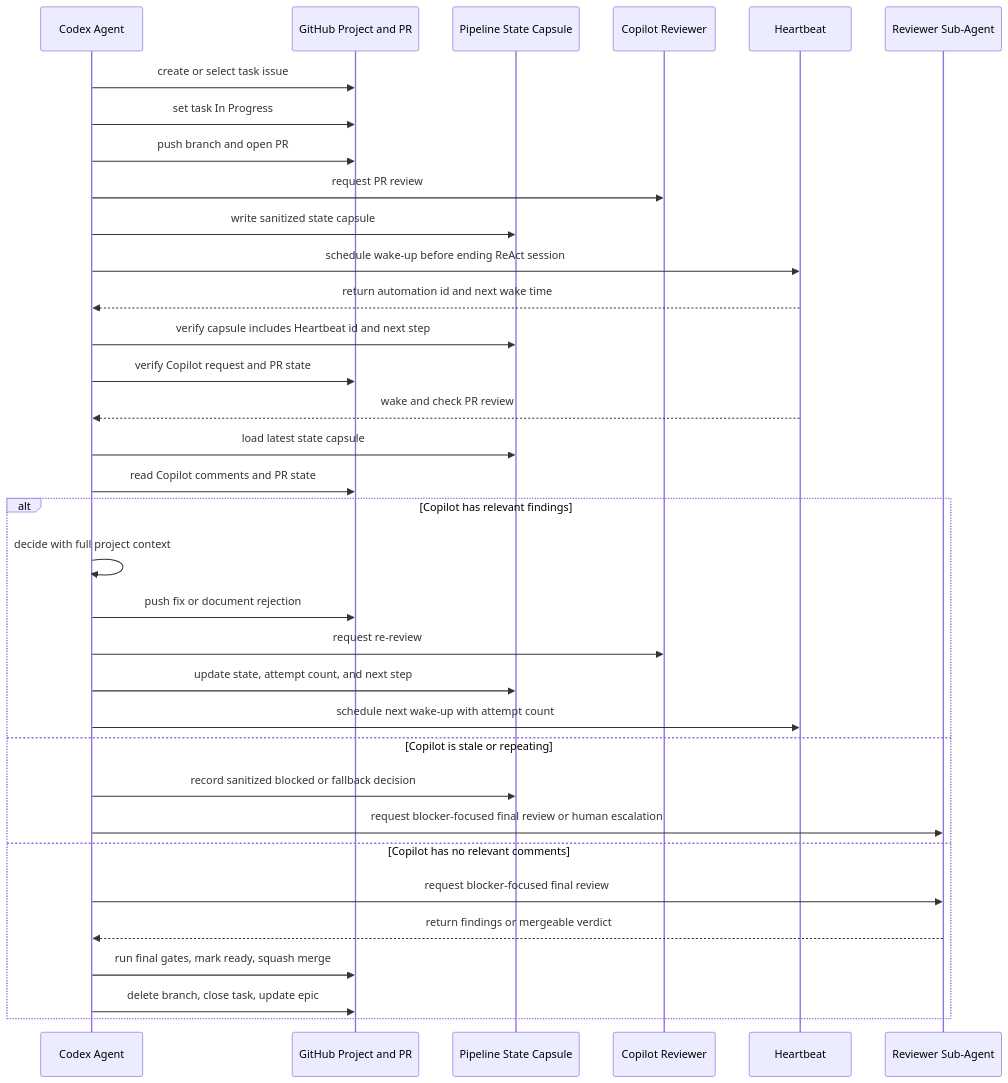
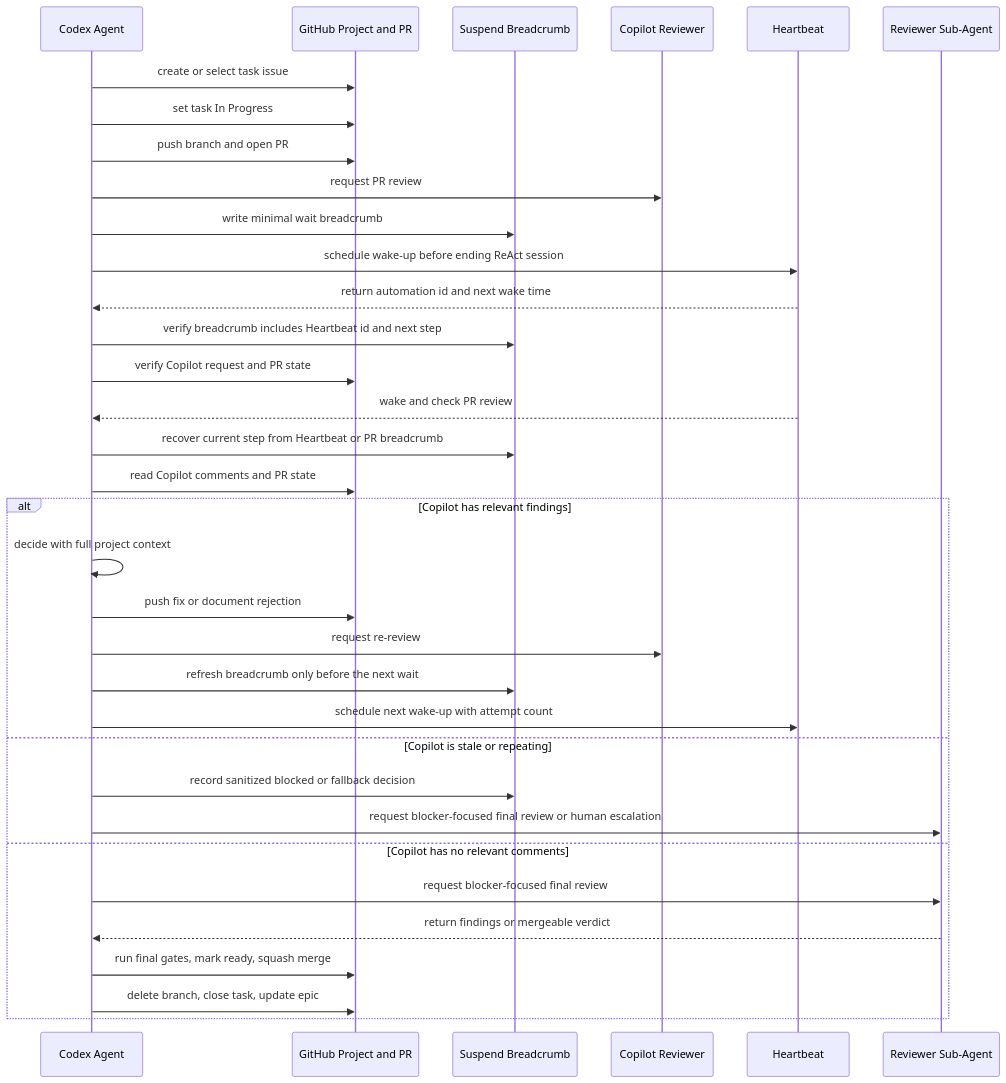
One commit to Turkevich91/Aigan changed the second of 3 diagrams in AGENTS.dev-pipeline-contract.md. Above: the diagram before and after it, drawn with Mermaid. The commit also changed other lines of this file, not shown here.

````diff
--- a/AGENTS.dev-pipeline-contract.md
+++ b/AGENTS.dev-pipeline-contract.md
@@ -64,37 +64,37 @@
 ```mermaid
 sequenceDiagram
     participant CA as Codex Agent
     participant GH as GitHub Project and PR
-    participant PS as Pipeline State Capsule
+    participant BR as Suspend Breadcrumb
     participant CP as Copilot Reviewer
     participant HB as Heartbeat
     participant RA as Reviewer Sub-Agent
 
     CA->>GH: create or select task issue
     CA->>GH: set task In Progress
     CA->>GH: push branch and open PR
     CA->>CP: request PR review
-    CA->>PS: write sanitized state capsule
+    CA->>BR: write minimal wait breadcrumb
     CA->>HB: schedule wake-up before ending ReAct session
     HB-->>CA: return automation id and next wake time
-    CA->>PS: verify capsule includes Heartbeat id and next step
+    CA->>BR: verify breadcrumb includes Heartbeat id and next step
     CA->>GH: verify Copilot request and PR state
     HB-->>CA: wake and check PR review
-    CA->>PS: load latest state capsule
+    CA->>BR: recover current step from Heartbeat or PR breadcrumb
     CA->>GH: read Copilot comments and PR state
     alt Copilot has relevant findings
         CA->>CA: decide with full project context
         CA->>GH: push fix or document rejection
         CA->>CP: request re-review
-        CA->>PS: update state, attempt count, and next step
+        CA->>BR: refresh breadcrumb only before the next wait
         CA->>HB: schedule next wake-up with attempt count
     else Copilot is stale or repeating
-        CA->>PS: record sanitized blocked or fallback decision
+        CA->>BR: record sanitized blocked or fallback decision
         CA->>RA: request blocker-focused final review or human escalation
     else Copilot has no relevant comments
         CA->>RA: request blocker-focused final review
         RA-->>CA: return findings or mergeable verdict
         CA->>GH: run final gates, mark ready, squash merge
         CA->>GH: delete branch, close task, update epic
     end
 ```
````
